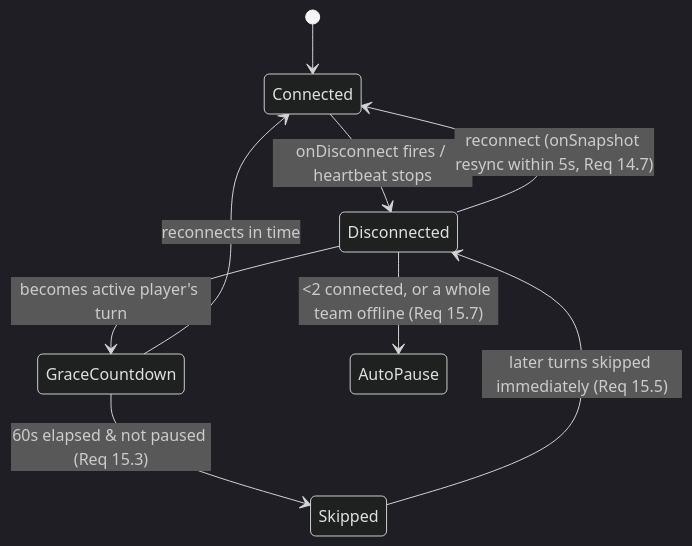
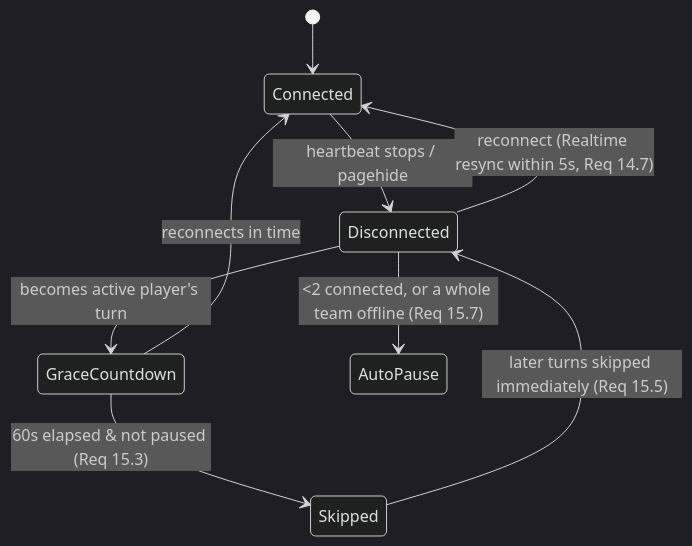
One commit to livanuj/homemade_Uno changed the fourth of 7 diagrams in .kiro/specs/homemade-uno/design.md. Above: the diagram before and after it, drawn with Mermaid (dark theme). The commit also changed other lines of this file and 130 other files, not shown here.

````diff
--- a/.kiro/specs/homemade-uno/design.md
+++ b/.kiro/specs/homemade-uno/design.md
@@ -331,11 +319,11 @@
 ```mermaid
 stateDiagram-v2
   [*] --> Connected
-  Connected --> Disconnected: onDisconnect fires / heartbeat stops
-  Disconnected --> Connected: reconnect (onSnapshot resync within 5s, Req 14.7)
+  Connected --> Disconnected: heartbeat stops / pagehide
+  Disconnected --> Connected: reconnect (Realtime resync within 5s, Req 14.7)
   Disconnected --> GraceCountdown: becomes active player's turn
   GraceCountdown --> Connected: reconnects in time
   GraceCountdown --> Skipped: 60s elapsed & not paused (Req 15.3)
   Skipped --> Disconnected: later turns skipped immediately (Req 15.5)
   Disconnected --> AutoPause: <2 connected, or a whole team offline (Req 15.7)
 ```
````
